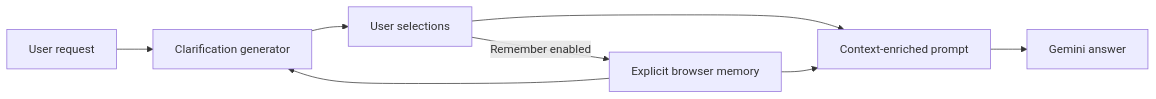
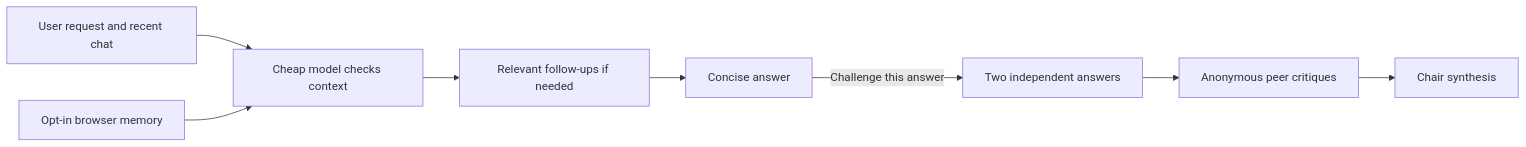
The diagram in README.md (vkc99999/ai-assistant-mvp), drawn with Mermaid before and after one commit. The commit also changed other lines of this file and 10 other files, not shown here.

````diff
--- a/README.md
+++ b/README.md
@@ -30,10 +33,10 @@
 ```mermaid
 flowchart LR
-    U[User request] --> C[Clarification generator]
-    M[Explicit browser memory] --> C
-    C --> S[User selections]
-    S --> P[Context-enriched prompt]
-    M --> P
-    P --> G[Gemini answer]
-    S -->|Remember enabled| M
+    U[User request and recent chat] --> C[Cheap model checks context]
+    M[Opt-in browser memory] --> C
+    C --> S[Relevant follow-ups if needed]
+    S --> A[Concise answer]
+    A -->|Challenge this answer| I[Two independent answers]
+    I --> R[Anonymous peer critiques]
+    R --> F[Chair synthesis]
 ```
````
